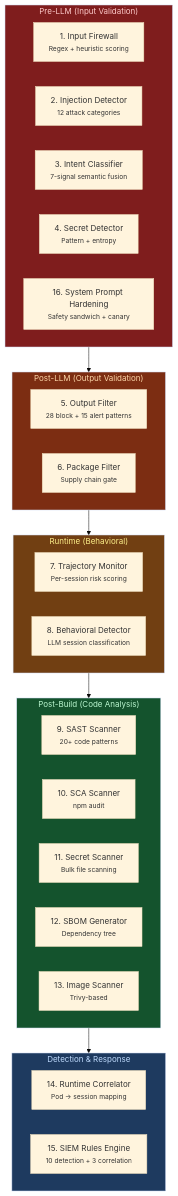
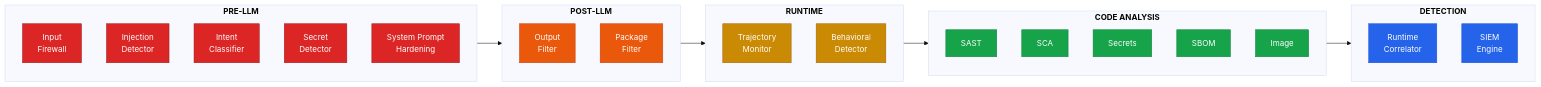
The second of 5 diagrams in README.md (HackerM0nk/secure-codegen-factory), drawn with Mermaid (base theme) before and after one commit. The commit also changed other lines of this file and 9 other files, not shown here.

````diff
--- a/README.md
+++ b/README.md
@@ -108,46 +123,47 @@
 ```mermaid
-flowchart TB
-    subgraph PreLLM["Pre-LLM (Input Validation)"]
-        direction LR
-        L1["1. Input Firewall<br/><small>Regex + heuristic scoring</small>"]
-        L2["2. Injection Detector<br/><small>12 attack categories</small>"]
-        L3["3. Intent Classifier<br/><small>7-signal semantic fusion</small>"]
-        L4["4. Secret Detector<br/><small>Pattern + entropy</small>"]
-        L16["16. System Prompt Hardening<br/><small>Safety sandwich + canary</small>"]
+flowchart LR
+    subgraph A["<b>PRE-LLM</b>"]
+        A1["Input<br/>Firewall"]
+        A2["Injection<br/>Detector"]
+        A3["Intent<br/>Classifier"]
+        A4["Secret<br/>Detector"]
+        A5["System Prompt<br/>Hardening"]
     end
 
-    subgraph PostLLM["Post-LLM (Output Validation)"]
-        direction LR
-        L5["5. Output Filter<br/><small>28 block + 15 alert patterns</small>"]
-        L6["6. Package Filter<br/><small>Supply chain gate</small>"]
+    subgraph B["<b>POST-LLM</b>"]
+        B1["Output<br/>Filter"]
+        B2["Package<br/>Filter"]
     end
 
-    subgraph Runtime["Runtime (Behavioral)"]
-        direction LR
-        L7["7. Trajectory Monitor<br/><small>Per-session risk scoring</small>"]
-        L8["8. Behavioral Detector<br/><small>LLM session classification</small>"]
+    subgraph C["<b>RUNTIME</b>"]
+        C1["Trajectory<br/>Monitor"]
+        C2["Behavioral<br/>Detector"]
     end
 
-    subgraph CodeScan["Post-Build (Code Analysis)"]
-        direction LR
-        L9["9. SAST Scanner<br/><small>20+ code patterns</small>"]
-        L10["10. SCA Scanner<br/><small>npm audit</small>"]
-        L11["11. Secret Scanner<br/><small>Bulk file scanning</small>"]
-        L12["12. SBOM Generator<br/><small>Dependency tree</small>"]
-        L13["13. Image Scanner<br/><small>Trivy-based</small>"]
+    subgraph D["<b>CODE ANALYSIS</b>"]
+        D1["SAST"]
+        D2["SCA"]
+        D3["Secrets"]
+        D4["SBOM"]
+        D5["Image"]
     end
 
-    subgraph Detection["Detection & Response"]
-        direction LR
-        L14["14. Runtime Correlator<br/><small>Pod → session mapping</small>"]
-        L15["15. SIEM Rules Engine<br/><small>10 detection + 3 correlation</small>"]
+    subgraph E["<b>DETECTION</b>"]
+        E1["Runtime<br/>Correlator"]
+        E2["SIEM<br/>Engine"]
     end
 
-    PreLLM --> PostLLM --> Runtime --> CodeScan --> Detection
+    A --> B --> C --> D --> E
 
-    style PreLLM fill:#7f1d1d,color:#fecaca
-    style PostLLM fill:#7c2d12,color:#fed7aa
-    style Runtime fill:#713f12,color:#fef08a
-    style CodeScan fill:#14532d,color:#bbf7d0
-    style Detection fill:#1e3a5f,color:#bfdbfe
+    classDef pre fill:#dc2626,stroke:#991b1b,color:#fff
+    classDef post fill:#ea580c,stroke:#c2410c,color:#fff
+    classDef runtime fill:#ca8a04,stroke:#a16207,color:#fff
+    classDef code fill:#16a34a,stroke:#15803d,color:#fff
+    classDef detect fill:#2563eb,stroke:#1d4ed8,color:#fff
+
+    class A1,A2,A3,A4,A5 pre
+    class B1,B2 post
+    class C1,C2 runtime
+    class D1,D2,D3,D4,D5 code
+    class E1,E2 detect
 ```
````
